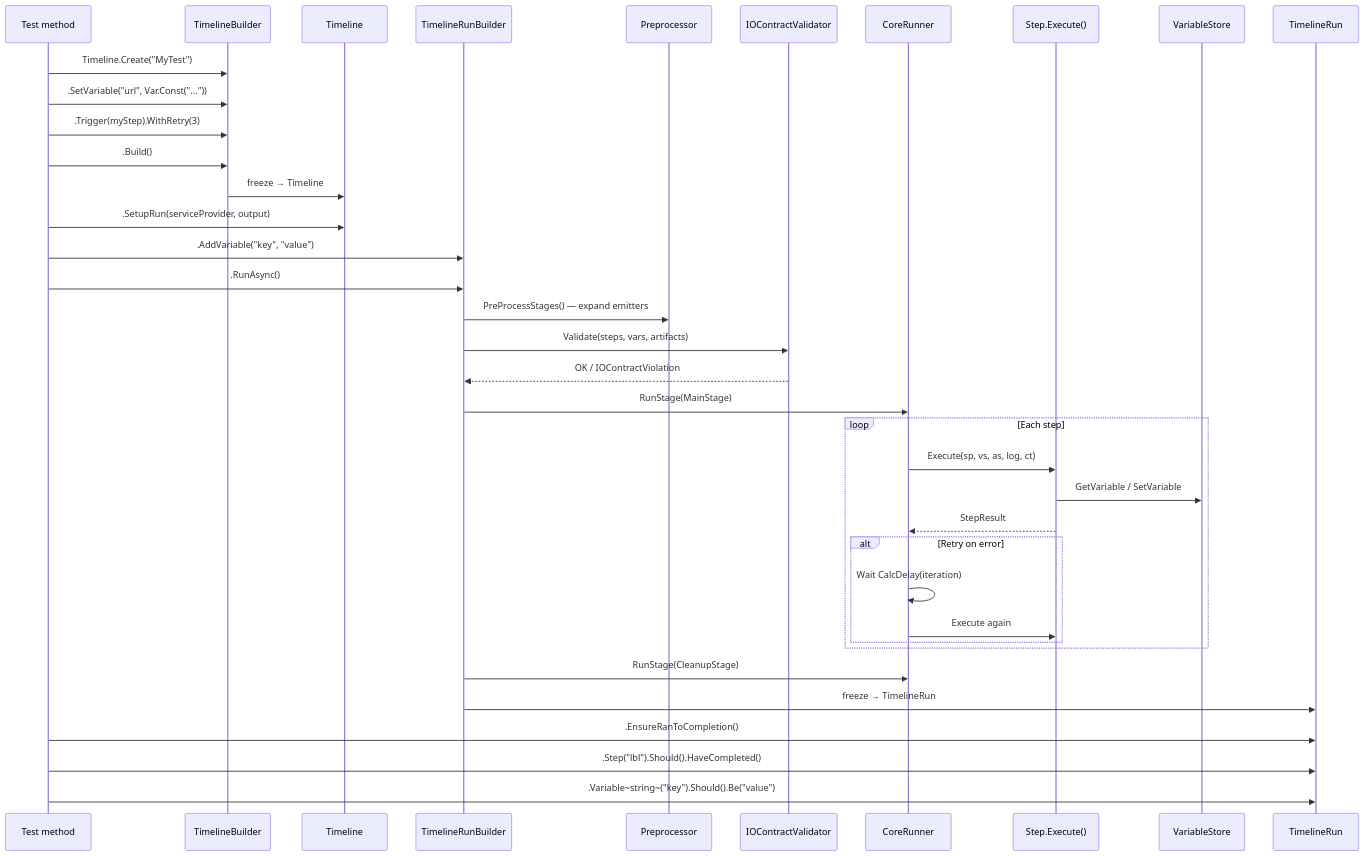
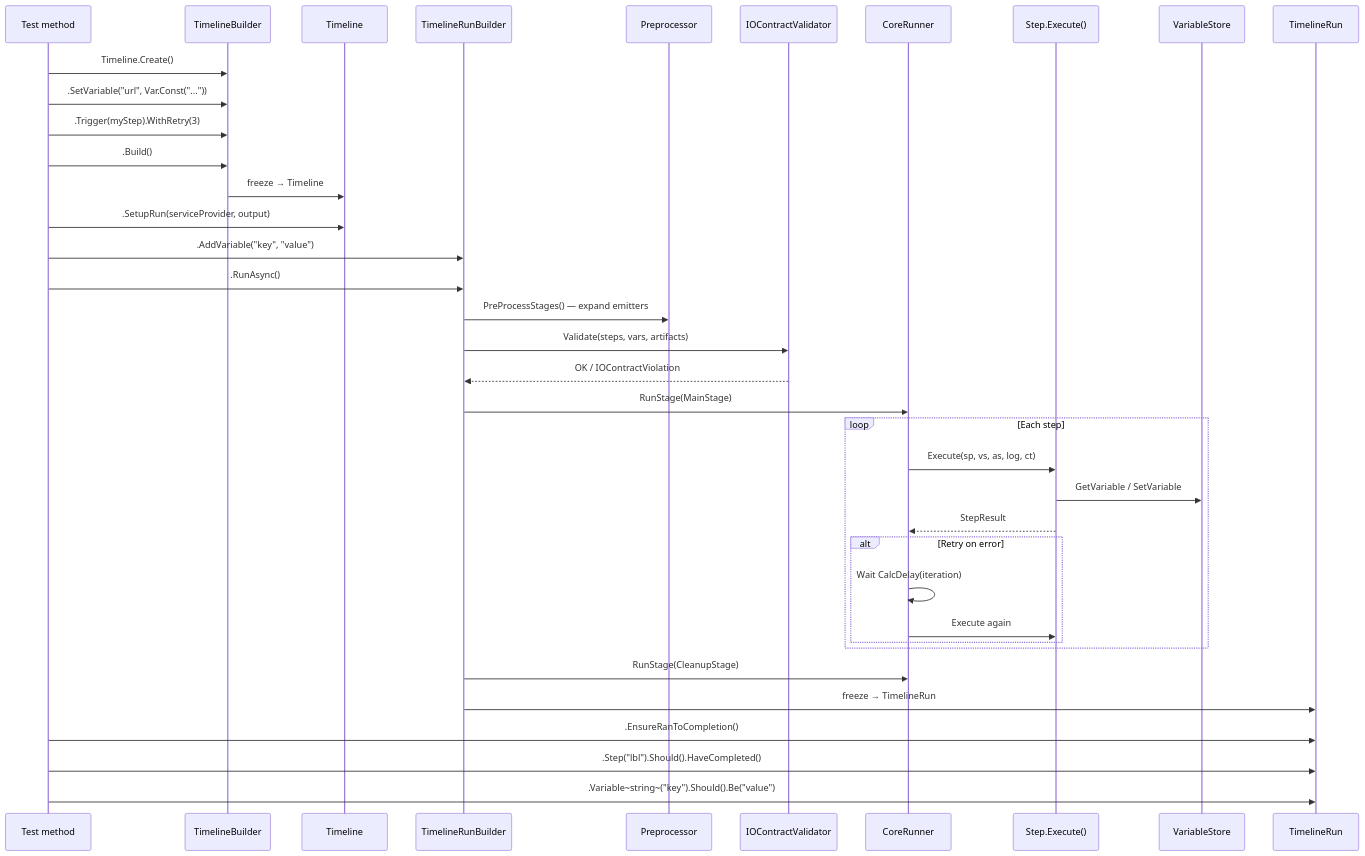
One commit to DeadMoon0/TestFramework-Core changed the ninth of 16 diagrams in Documentation/Arc42.md. Above: the diagram before and after it, drawn with Mermaid. The commit also changed other lines of this file and 5 other files, not shown here.

````diff
--- a/Documentation/Arc42.md
+++ b/Documentation/Arc42.md
@@ -352,44 +352,44 @@
 ```mermaid
 sequenceDiagram
     participant Test as Test method
     participant TB as TimelineBuilder
     participant TL as Timeline
     participant TRB as TimelineRunBuilder
     participant PP as Preprocessor
     participant VAL as IOContractValidator
     participant CR as CoreRunner
     participant Step as Step.Execute()
     participant VS as VariableStore
     participant TR as TimelineRun
 
-    Test->>TB: Timeline.Create("MyTest")
+    Test->>TB: Timeline.Create()
     Test->>TB: .SetVariable("url", Var.Const("..."))
     Test->>TB: .Trigger(myStep).WithRetry(3)
     Test->>TB: .Build()
     TB->>TL: freeze → Timeline
 
     Test->>TL: .SetupRun(serviceProvider, output)
     Test->>TRB: .AddVariable("key", "value")
     Test->>TRB: .RunAsync()
 
     TRB->>PP: PreProcessStages() — expand emitters
     TRB->>VAL: Validate(steps, vars, artifacts)
     VAL-->>TRB: OK / IOContractViolation
 
     TRB->>CR: RunStage(MainStage)
     loop Each step
         CR->>Step: Execute(sp, vs, as, log, ct)
         Step->>VS: GetVariable / SetVariable
         Step-->>CR: StepResult
         alt Retry on error
             CR->>CR: Wait CalcDelay(iteration)
             CR->>Step: Execute again
         end
     end
     TRB->>CR: RunStage(CleanupStage)
     TRB->>TR: freeze → TimelineRun
 
     Test->>TR: .EnsureRanToCompletion()
     Test->>TR: .Step("lbl").Should().HaveCompleted()
     Test->>TR: .Variable~string~("key").Should().Be("value")
 ```
````
